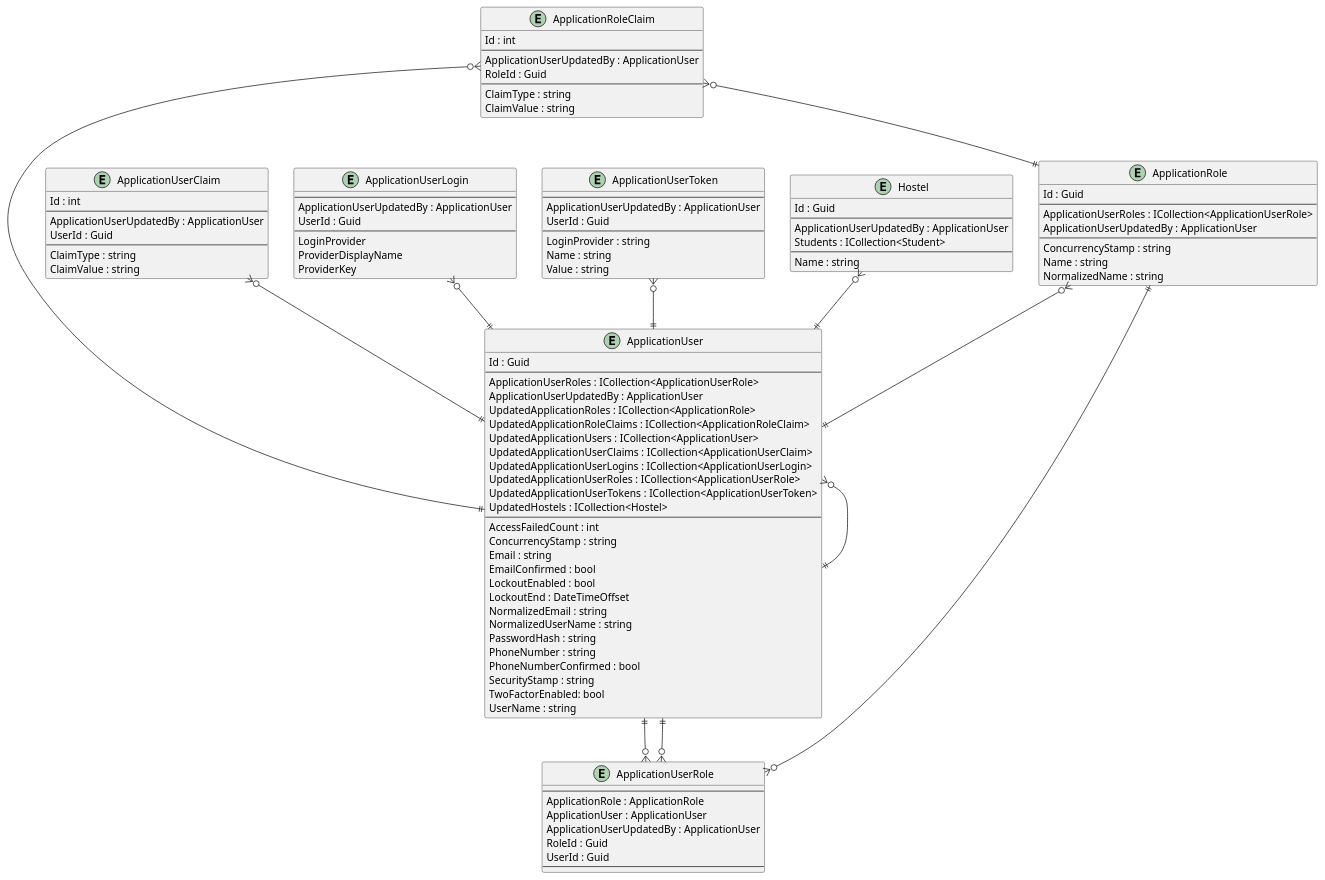
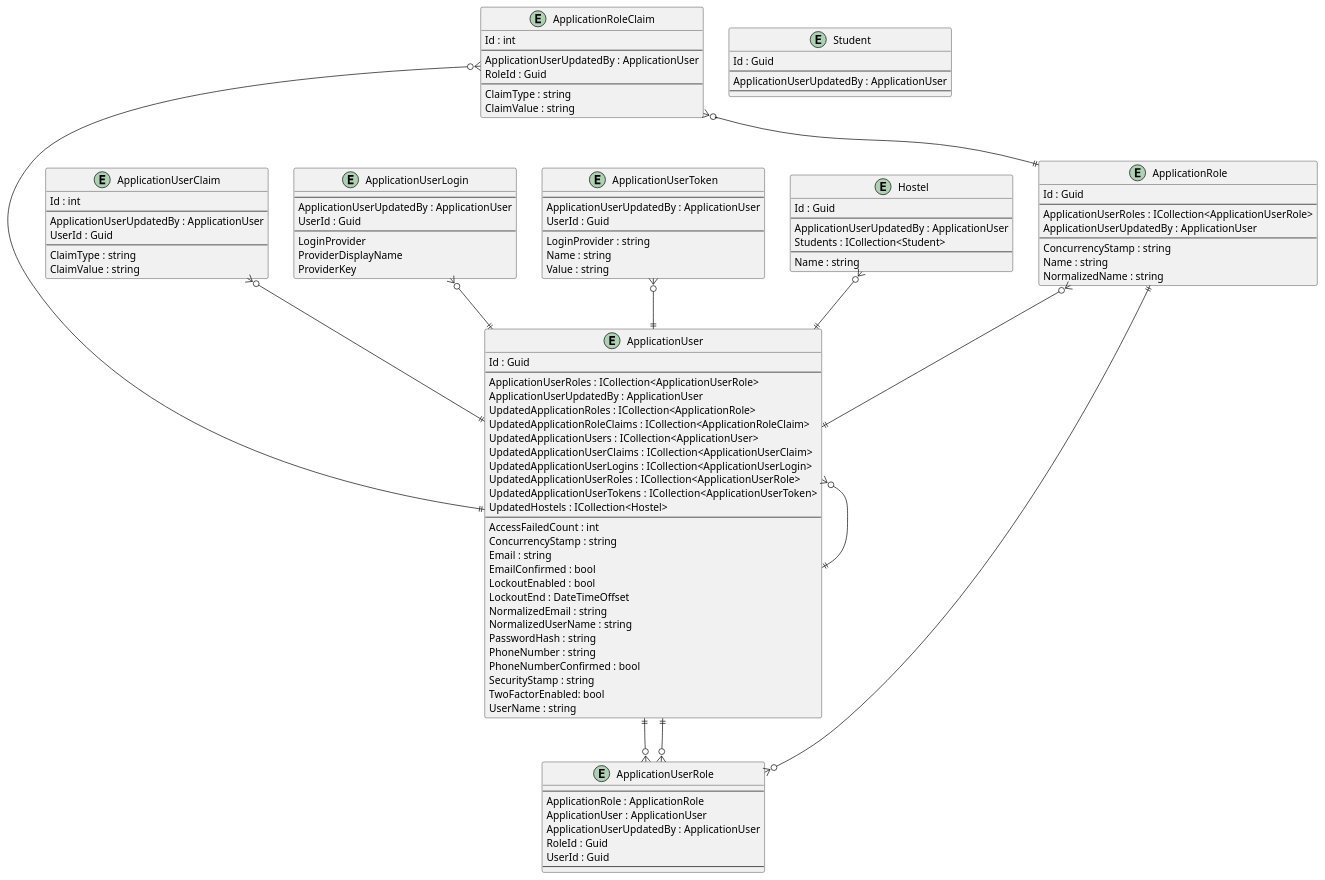
One commit to intrepion/https-code-maze.com-csharp-create-better-looking-console-applications-with-spectre-console- changed the diagram in .docs/HostelStudents.pu. Above: the diagram before and after it, drawn with PlantUML.

Commit message:
gawk -i inplace "{ gsub(/' EntityCodePlaceholder/, \"entity Student {\n\ \ \ \ Id : Guid\n\ \ \ \ --\n\ \ \ \ ApplicationUserUpdatedBy : ApplicationUser\n\ \ \ \ ' StudentKeyCodePlaceholder\n\ \ \ \ --\n\ \ \ \ ' StudentPropertyCodePlaceholder\n}\n\n' EntityCodePlaceholder\") }; { print }" .docs/HostelStudents.pu

```diff
--- a/.docs/HostelStudents.pu
+++ b/.docs/HostelStudents.pu
@@ -1,122 +1,131 @@
 @startuml
 
 entity ApplicationRole {
     Id : Guid
     --
     ApplicationUserRoles : ICollection<ApplicationUserRole>
     ApplicationUserUpdatedBy : ApplicationUser
     --
     ConcurrencyStamp : string
     Name : string
     NormalizedName : string
 }
 
 entity ApplicationRoleClaim {
     Id : int
     --
     ApplicationUserUpdatedBy : ApplicationUser
     RoleId : Guid
     --
     ClaimType : string
     ClaimValue : string
 }
 
 entity ApplicationUser {
     Id : Guid
     --
     ApplicationUserRoles : ICollection<ApplicationUserRole>
     ApplicationUserUpdatedBy : ApplicationUser
     UpdatedApplicationRoles : ICollection<ApplicationRole>
     UpdatedApplicationRoleClaims : ICollection<ApplicationRoleClaim>
     UpdatedApplicationUsers : ICollection<ApplicationUser>
     UpdatedApplicationUserClaims : ICollection<ApplicationUserClaim>
     UpdatedApplicationUserLogins : ICollection<ApplicationUserLogin>
     UpdatedApplicationUserRoles : ICollection<ApplicationUserRole>
     UpdatedApplicationUserTokens : ICollection<ApplicationUserToken>
     UpdatedHostels : ICollection<Hostel>
     ' ApplicationUserKeyCodePlaceholder
     --
     AccessFailedCount : int
     ConcurrencyStamp : string
     Email : string
     EmailConfirmed : bool
     LockoutEnabled : bool
     LockoutEnd : DateTimeOffset
     NormalizedEmail : string
     NormalizedUserName : string
     PasswordHash : string
     PhoneNumber : string
     PhoneNumberConfirmed : bool
     SecurityStamp : string
     TwoFactorEnabled: bool
     UserName : string
 }
 
 entity ApplicationUserClaim {
     Id : int
     --
     ApplicationUserUpdatedBy : ApplicationUser
     UserId : Guid
     --
     ClaimType : string
     ClaimValue : string
 }
 
 entity ApplicationUserLogin {
     --
     ApplicationUserUpdatedBy : ApplicationUser
     UserId : Guid
     --
     LoginProvider
     ProviderDisplayName
     ProviderKey
 }
 
 entity ApplicationUserRole {
     --
     ApplicationRole : ApplicationRole
     ApplicationUser : ApplicationUser
     ApplicationUserUpdatedBy : ApplicationUser
     RoleId : Guid
     UserId : Guid
     --
 }
 
 entity ApplicationUserToken {
     --
     ApplicationUserUpdatedBy : ApplicationUser
     UserId : Guid
     --
     LoginProvider : string
     Name : string
     Value : string
 }
 
 entity Hostel {
     Id : Guid
     --
     ApplicationUserUpdatedBy : ApplicationUser
     Students : ICollection<Student>
     ' HostelKeyCodePlaceholder
     --
     Name : string
     ' HostelPropertyCodePlaceholder
 }
 
+entity Student {
+    Id : Guid
+    --
+    ApplicationUserUpdatedBy : ApplicationUser
+    ' StudentKeyCodePlaceholder
+    --
+    ' StudentPropertyCodePlaceholder
+}
+
 ' EntityCodePlaceholder
 
 ApplicationRole ||--o{ ApplicationUserRole
 ApplicationRole }o--|| ApplicationUser
 ApplicationRoleClaim }o--|| ApplicationRole
 ApplicationRoleClaim }o--|| ApplicationUser
 ApplicationUser }o--|| ApplicationUser
 ApplicationUser ||--o{ ApplicationUserRole
 ApplicationUserClaim }o--|| ApplicationUser
 ApplicationUserLogin }o--|| ApplicationUser
 ApplicationUserRole }o--|| ApplicationUser
 ApplicationUserToken }o--|| ApplicationUser
 
 Hostel }o--|| ApplicationUser
 ' RelationshipCodePlaceholder
 
 @enduml
```
